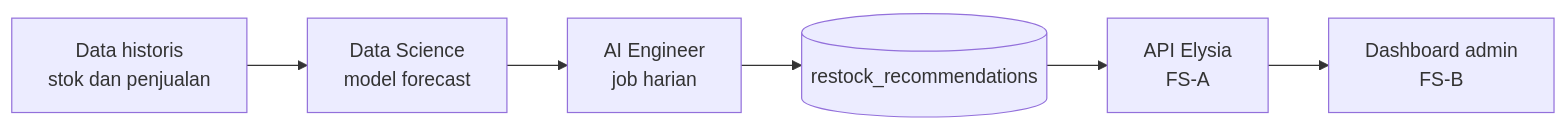
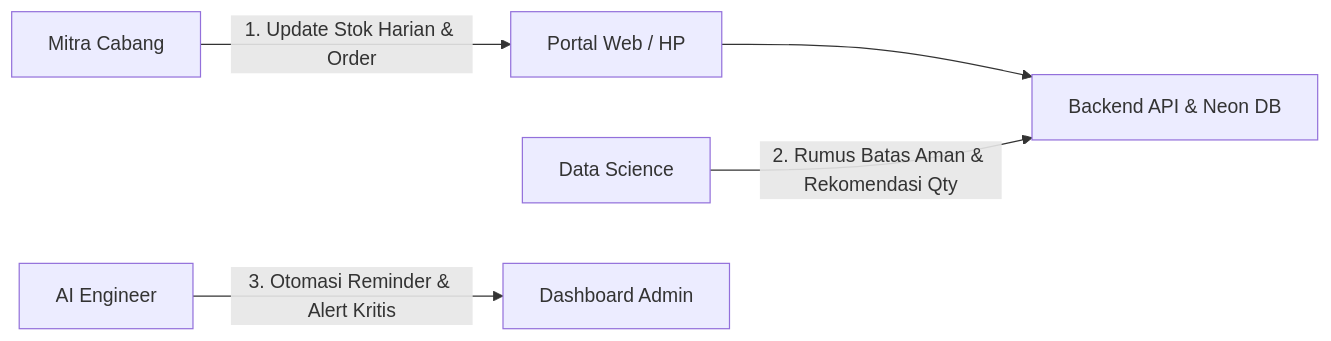
One commit to HudzaifahArrantisi/Dicoding-Project changed the diagram in docs/PEMBAGIAN_TUGAS.md. Above: the diagram before and after it, drawn with Mermaid. The commit also changed other lines of this file and 1 other file, not shown here.

````diff
--- a/docs/PEMBAGIAN_TUGAS.md
+++ b/docs/PEMBAGIAN_TUGAS.md
@@ -23,8 +26,7 @@
 ```mermaid
 flowchart LR
-  H[Data historis<br/>stok dan penjualan] --> DS[Data Science<br/>model forecast]
-  DS --> AI[AI Engineer<br/>job harian]
-  AI --> T[(restock_recommendations)]
-  T --> API[API Elysia<br/>FS-A]
-  API --> D[Dashboard admin<br/>FS-B]
+  Mitra[Mitra Cabang] -->|1. Update Stok Harian & Order| Web[Portal Web / HP]
+  Web --> API[Backend API & Neon DB]
+  DS[Data Science] -->|2. Rumus Batas Aman & Rekomendasi Qty| API
+  AI[AI Engineer] -->|3. Otomasi Reminder & Alert Kritis| Admin[Dashboard Admin]
 ```
````
